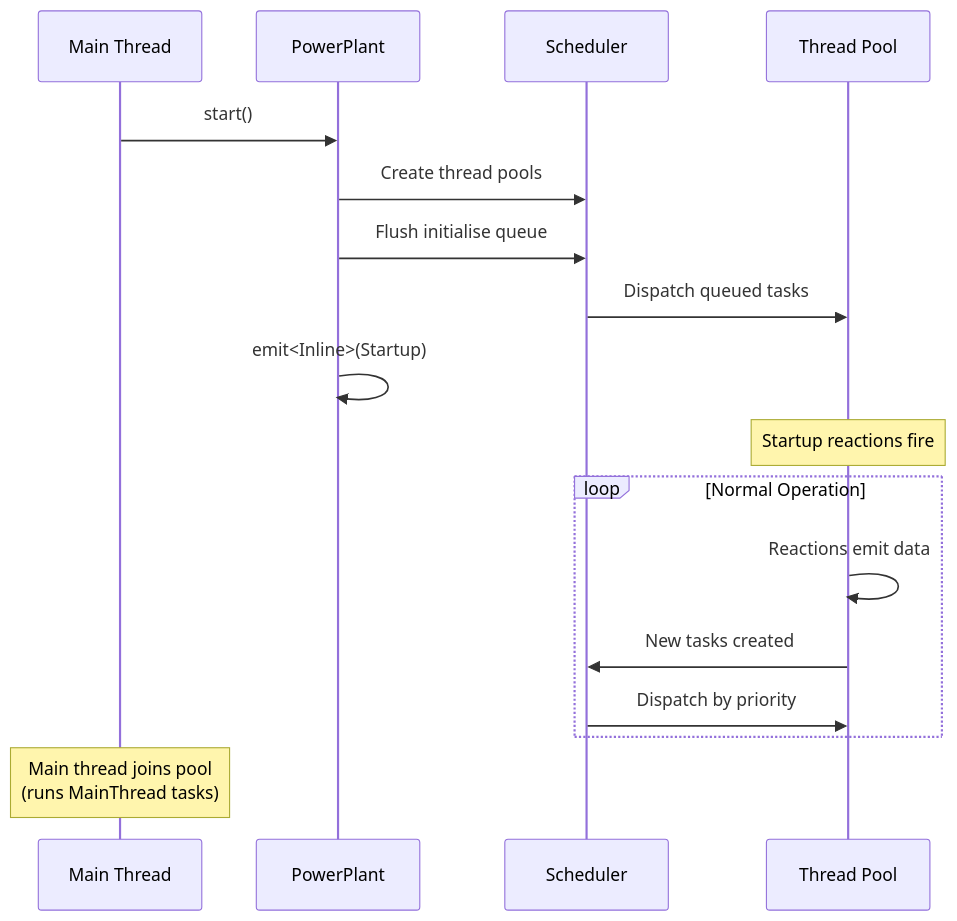
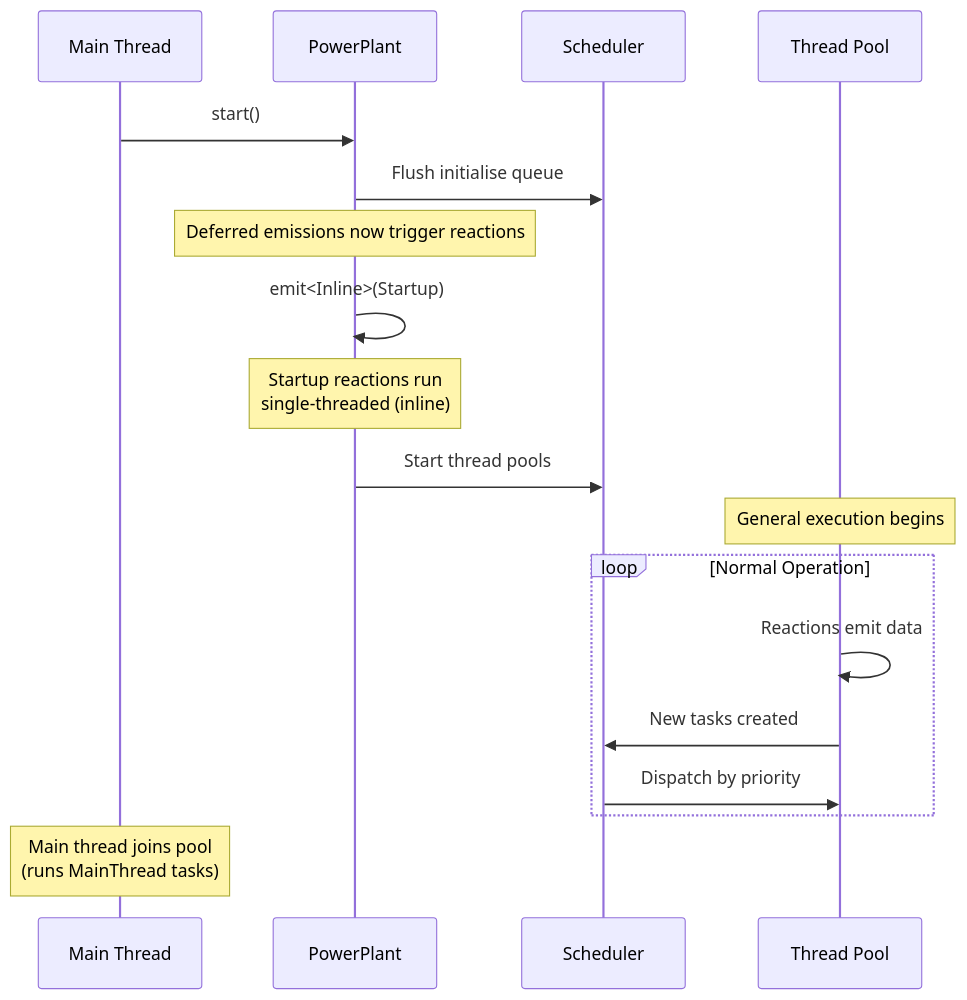
The third of 5 diagrams in docs2/explanation/lifecycle.md (Fastcode/NUClear), drawn with Mermaid before and after one commit. The commit also changed other lines of this file and 17 other files, not shown here.

````diff
--- a/docs2/explanation/lifecycle.md
+++ b/docs2/explanation/lifecycle.md
@@ -63,22 +64,23 @@
 ```mermaid
 sequenceDiagram
     participant Main as Main Thread
     participant PP as PowerPlant
     participant S as Scheduler
     participant Pool as Thread Pool
 
     Main->>PP: start()
-    PP->>S: Create thread pools
     PP->>S: Flush initialise queue
-    S->>Pool: Dispatch queued tasks
+    Note over PP: Deferred emissions now trigger reactions
     PP->>PP: emit<Inline>(Startup)
-    Note over Pool: Startup reactions fire
+    Note over PP: Startup reactions run<br/>single-threaded (inline)
+    PP->>S: Start thread pools
+    Note over Pool: General execution begins
 
     loop Normal Operation
         Pool->>Pool: Reactions emit data
         Pool->>S: New tasks created
         S->>Pool: Dispatch by priority
     end
 
     Note over Main: Main thread joins pool<br/>(runs MainThread tasks)
 ```
````
